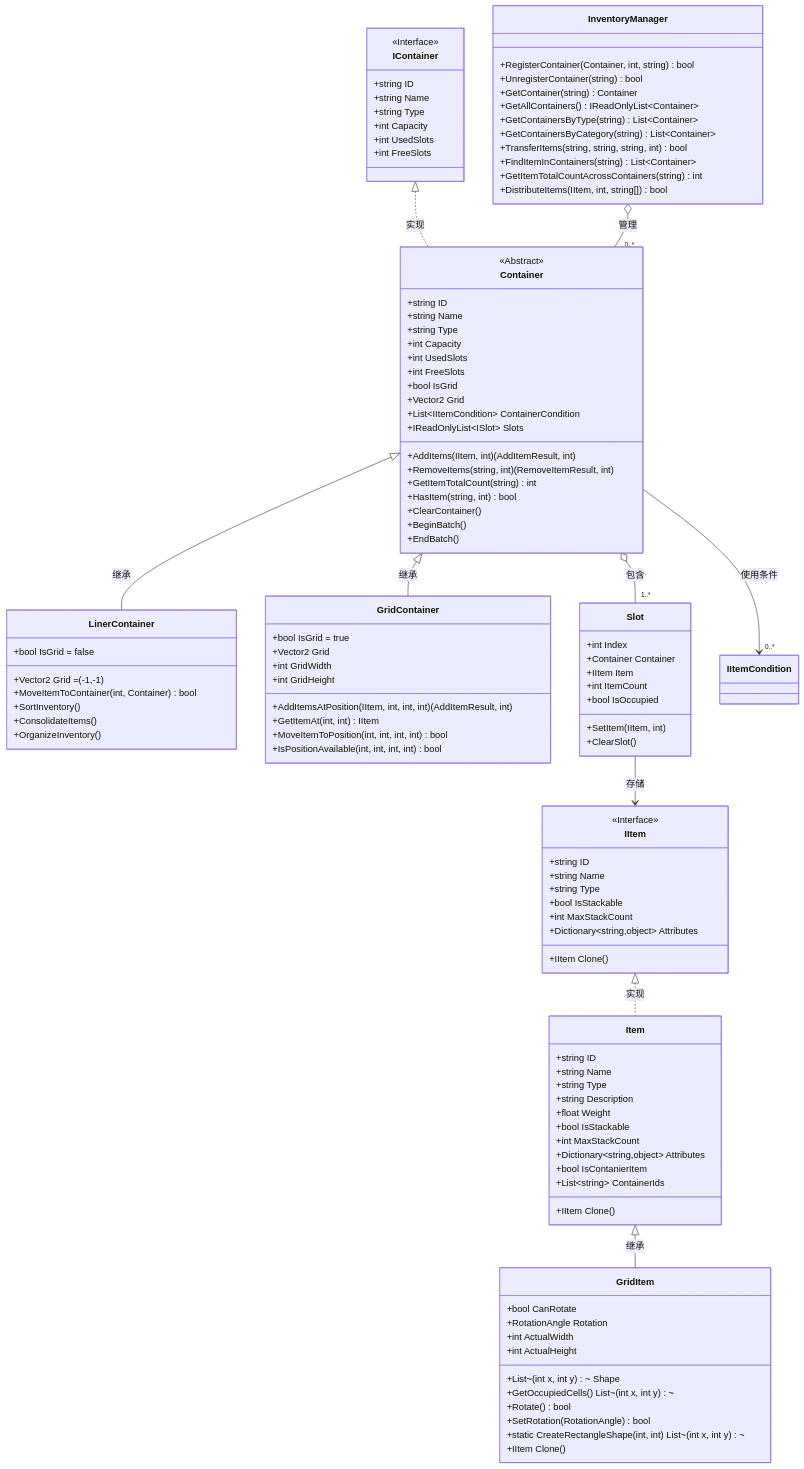
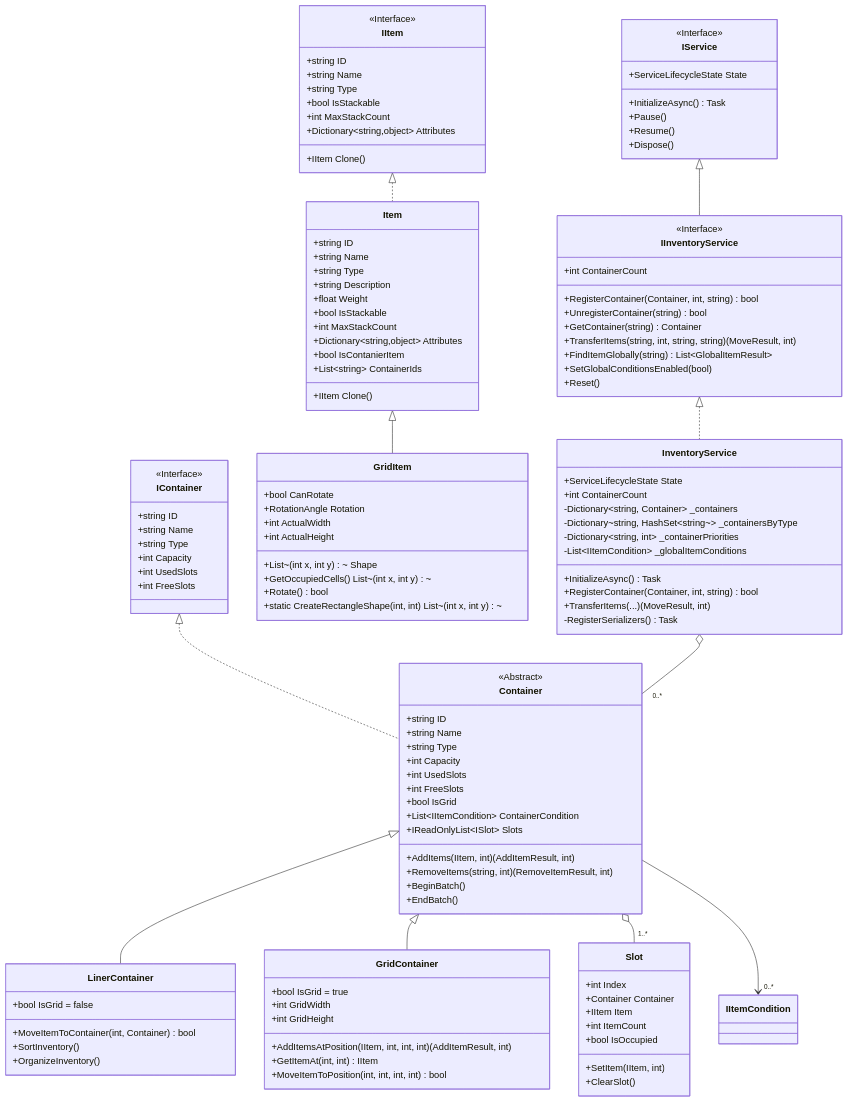
The third of 14 diagrams in 03_CoreSystems/Inventory/Document/Diagrams.md (CutrelyAlex/UnityEasyPack), drawn with Mermaid before and after one commit. The commit also changed other lines of this file and 2 other files, not shown here.

````diff
--- a/03_CoreSystems/Inventory/Document/Diagrams.md
+++ b/03_CoreSystems/Inventory/Document/Diagrams.md
@@ -49,5 +172,39 @@
 ```mermaid
 classDiagram
+    class IService {
+        <<Interface>>
+        +ServiceLifecycleState State
+        +InitializeAsync() Task
+        +Pause()
+        +Resume()
+        +Dispose()
+    }
+    
+    class IInventoryService {
+        <<Interface>>
+        +int ContainerCount
+        +RegisterContainer(Container, int, string) bool
+        +UnregisterContainer(string) bool
+        +GetContainer(string) Container
+        +TransferItems(string, int, string, string) (MoveResult, int)
+        +FindItemGlobally(string) List~GlobalItemResult~
+        +SetGlobalConditionsEnabled(bool)
+        +Reset()
+    }
+    
+    class InventoryService {
+        +ServiceLifecycleState State
+        +int ContainerCount
+        -Dictionary~string, Container~ _containers
+        -Dictionary~string, HashSet~string~~ _containersByType
+        -Dictionary~string, int~ _containerPriorities
+        -List~IItemCondition~ _globalItemConditions
+        +InitializeAsync() Task
+        +RegisterContainer(Container, int, string) bool
+        +TransferItems(...) (MoveResult, int)
+        -RegisterSerializers() Task
+    }
+    
     class IItem {
         <<Interface>>
         +string ID
@@ -81,9 +238,7 @@
         +int ActualHeight
         +GetOccupiedCells() List~(int x, int y)~
         +Rotate() bool
-        +SetRotation(RotationAngle) bool
         +static CreateRectangleShape(int, int) List~(int x, int y)~
-        +IItem Clone()
     }
     
     class IContainer {
@@ -105,36 +260,28 @@
         +int UsedSlots
         +int FreeSlots
         +bool IsGrid
-        +Vector2 Grid
         +List~IItemCondition~ ContainerCondition
         +IReadOnlyList~ISlot~ Slots
         +AddItems(IItem, int) (AddItemResult, int)
         +RemoveItems(string, int) (RemoveItemResult, int)
-        +GetItemTotalCount(string) int
-        +HasItem(string, int) bool
-        +ClearContainer()
         +BeginBatch()
         +EndBatch()
     }
     
     class LinerContainer {
         +bool IsGrid = false
-        +Vector2 Grid = (-1,-1)
         +MoveItemToContainer(int, Container) bool
         +SortInventory()
-        +ConsolidateItems()
         +OrganizeInventory()
     }
     
     class GridContainer {
         +bool IsGrid = true
-        +Vector2 Grid
         +int GridWidth
         +int GridHeight
         +AddItemsAtPosition(IItem, int, int, int) (AddItemResult, int)
         +GetItemAt(int, int) IItem
         +MoveItemToPosition(int, int, int, int) bool
-        +IsPositionAvailable(int, int, int, int) bool
     }
     
     class Slot {
@@ -147,26 +294,16 @@
         +ClearSlot()
     }
     
-    class InventoryManager {
-        +RegisterContainer(Container, int, string) bool
-        +UnregisterContainer(string) bool
-        +GetContainer(string) Container
-        +GetAllContainers() IReadOnlyList~Container~
-        +GetContainersByType(string) List~Container~
-        +GetContainersByCategory(string) List~Container~
-        +TransferItems(string, string, string, int) bool
-        +FindItemInContainers(string) List~Container~
-        +GetItemTotalCountAcrossContainers(string) int
-        +DistributeItems(IItem, int, string[]) bool
-    }
+    IService <|-- IInventoryService
+    IInventoryService <|.. InventoryService
     
-    IItem <|.. Item : 实现
-    Item <|-- GridItem : 继承
-    IContainer <|.. Container : 实现
-    Container <|-- LinerContainer : 继承
-    Container <|-- GridContainer : 继承
-    Container o-- "1..*" Slot : 包含
-    Slot --> IItem : 存储
-    InventoryManager o-- "0..*" Container : 管理
-    Container --> "0..*" IItemCondition : 使用条件
+    IItem <|.. Item
+    Item <|-- GridItem
+    IContainer <|.. Container
+    Container <|-- LinerContainer
+    Container <|-- GridContainer
+    
+    InventoryService o-- "0..*" Container
+    Container o-- "1..*" Slot
+    Container --> "0..*" IItemCondition
 ```
````
